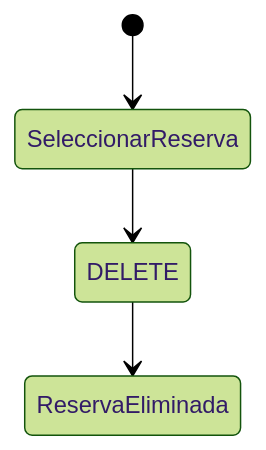
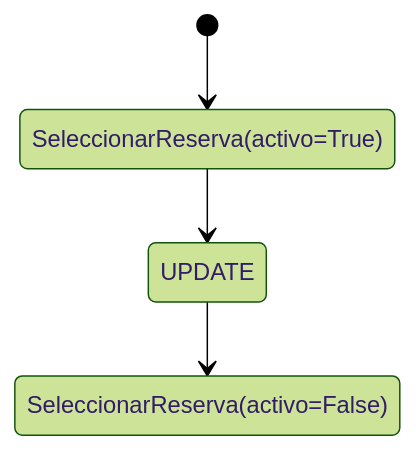
Before and after one commit to ezequielitodev-droid/Tp_integrador_PROII_proceso_reserva_hostal: the sixth of 7 diagrams in README.md, drawn with Mermaid (forest theme). The commit also changed other lines of this file, not shown here.

````diff
--- a/README.md
+++ b/README.md
@@ -114,6 +250,6 @@
 ```mermaid
 stateDiagram-v2
-    [*] --> SeleccionarReserva
-    SeleccionarReserva --> DELETE
-    DELETE --> ReservaEliminada
+    [*] --> SeleccionarReserva(activo=True)
+    SeleccionarReserva(activo=True) --> UPDATE
+    UPDATE --> SeleccionarReserva(activo=False)
 ```
````
